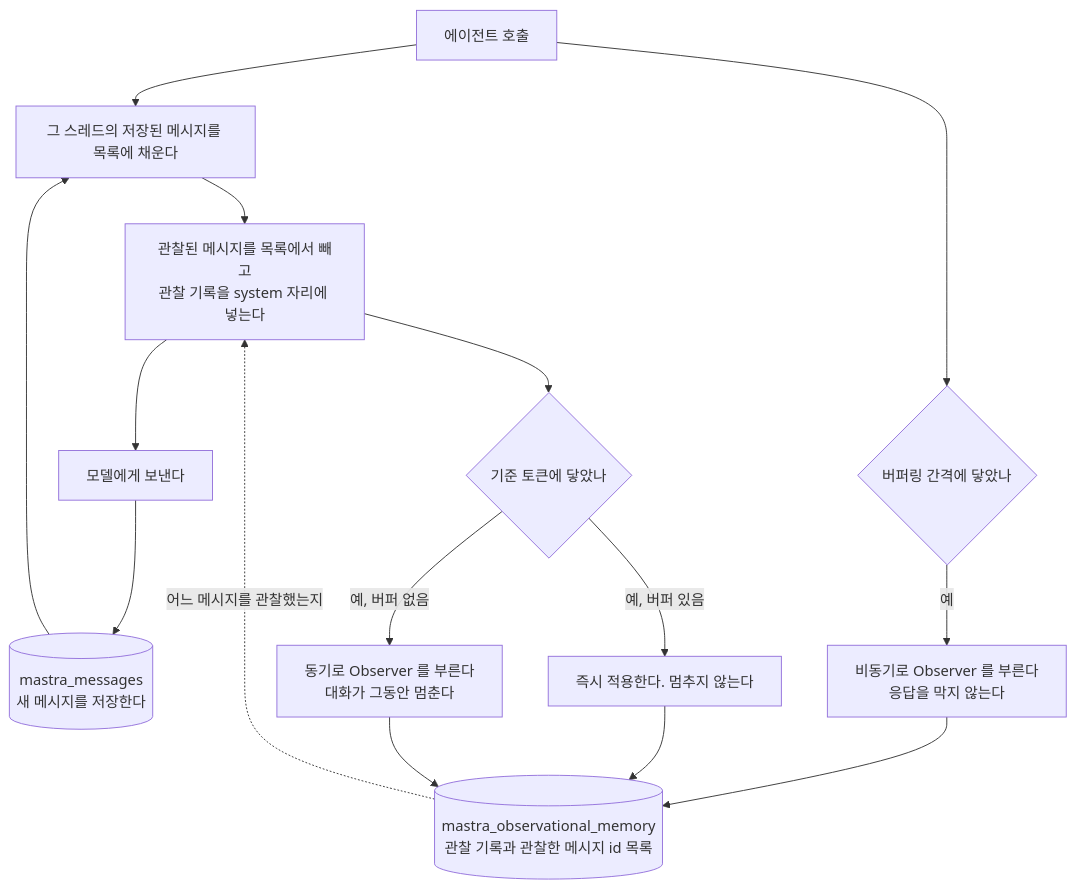
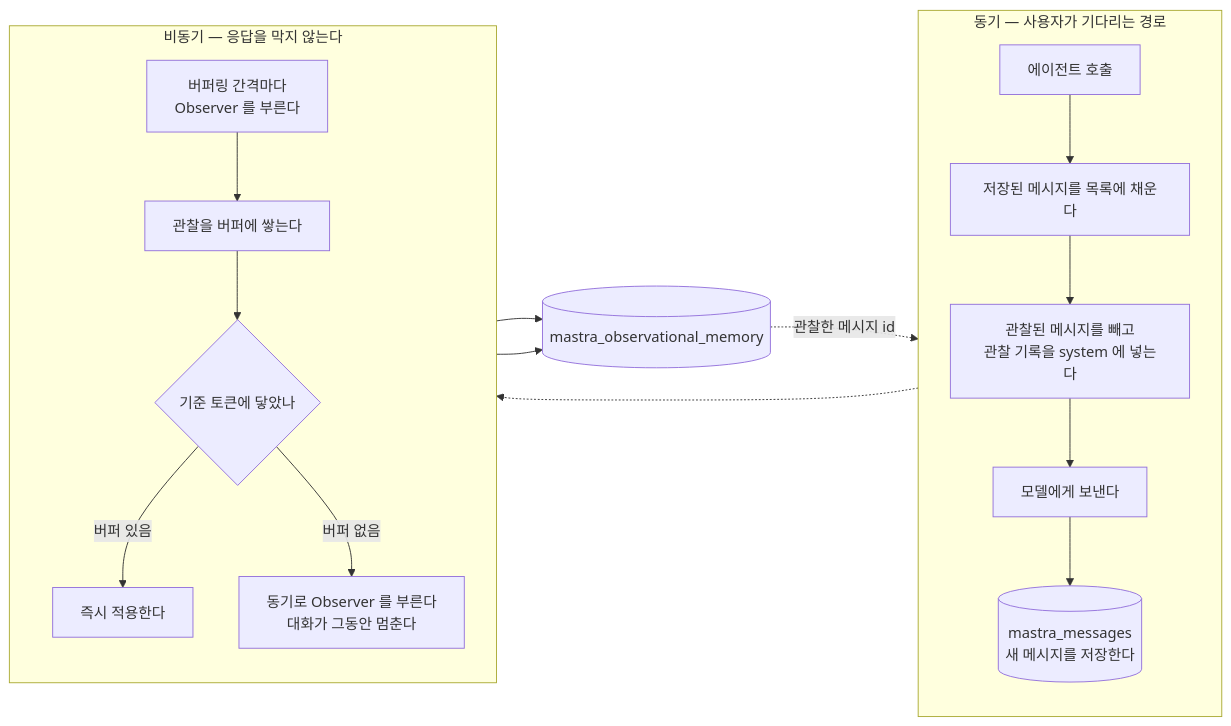
One commit to hoyunjung-dwhale/mastra-playground changed the fourth of 4 diagrams in docs/memory.md. Above: the diagram before and after it, drawn with Mermaid.

Commit message:
Memory 3-3 다이어그램 단순화: 동기·비동기를 두 열로 분리
한 그림 안에서 갈래가 얽혀 읽기 어려웠다. 동기 경로와 비동기 경로를 두 열로
나누고 두 테이블만 사이에 두어 선을 줄인다.

````diff
--- a/docs/memory.md
+++ b/docs/memory.md
@@ -597,17 +597,22 @@
 ```mermaid
-flowchart TB
-    A["에이전트 호출"] --> C["그 스레드의 저장된 메시지를 목록에 채운다"]
-    C --> D["관찰된 메시지를 목록에서 빼고<br/>관찰 기록을 system 자리에 넣는다"]
-    D --> E["모델에게 보낸다"]
-    E --> S[("mastra_messages<br/>새 메시지를 저장한다")]
-    S --> C
-    A --> P{"버퍼링 간격에 닿았나"}
-    P -- 예 --> G["비동기로 Observer 를 부른다<br/>응답을 막지 않는다"]
-    G --> H[("mastra_observational_memory<br/>관찰 기록과 관찰한 메시지 id 목록")]
-    H -. "어느 메시지를 관찰했는지" .-> D
-    D --> T{"기준 토큰에 닿았나"}
-    T -- "예, 버퍼 있음" --> I["즉시 적용한다. 멈추지 않는다"]
-    T -- "예, 버퍼 없음" --> J["동기로 Observer 를 부른다<br/>대화가 그동안 멈춘다"]
-    I --> H
-    J --> H
+flowchart LR
+    subgraph SYNC["동기 — 사용자가 기다리는 경로"]
+        direction TB
+        A1["에이전트 호출"] --> A2["저장된 메시지를 목록에 채운다"]
+        A2 --> A3["관찰된 메시지를 빼고<br/>관찰 기록을 system 에 넣는다"]
+        A3 --> A4["모델에게 보낸다"]
+        A4 --> A5[("mastra_messages<br/>새 메시지를 저장한다")]
+    end
+    subgraph ASYNC["비동기 — 응답을 막지 않는다"]
+        direction TB
+        B1["버퍼링 간격마다<br/>Observer 를 부른다"] --> B2["관찰을 버퍼에 쌓는다"]
+        B2 --> B3{"기준 토큰에 닿았나"}
+        B3 -- "버퍼 있음" --> B4["즉시 적용한다"]
+        B3 -- "버퍼 없음" --> B5["동기로 Observer 를 부른다<br/>대화가 그동안 멈춘다"]
+    end
+    OM[("mastra_observational_memory")]
+    B4 --> OM
+    B5 --> OM
+    OM -. "관찰한 메시지 id" .-> A3
+    A1 -.-> B1
 ```
````
